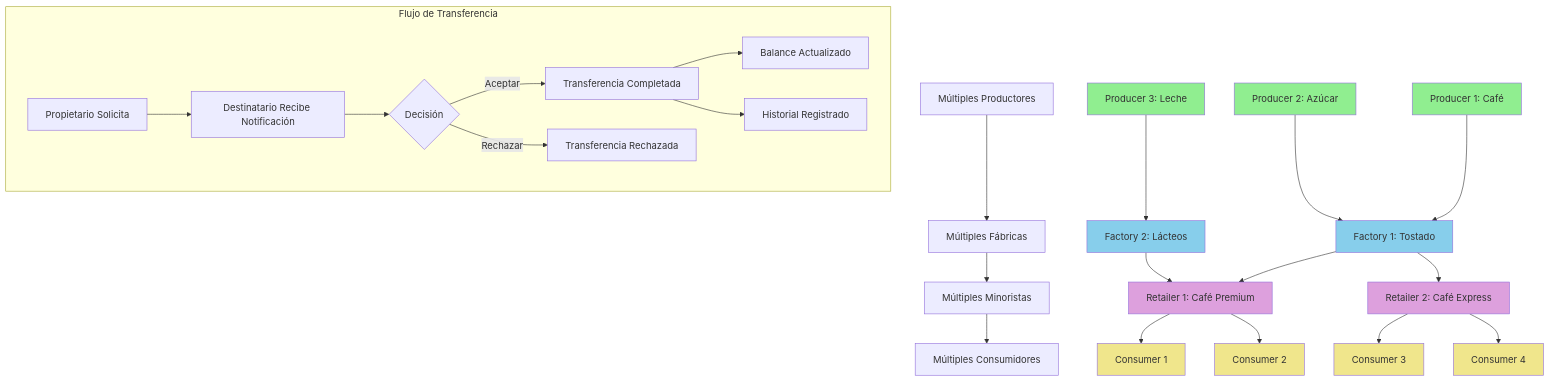
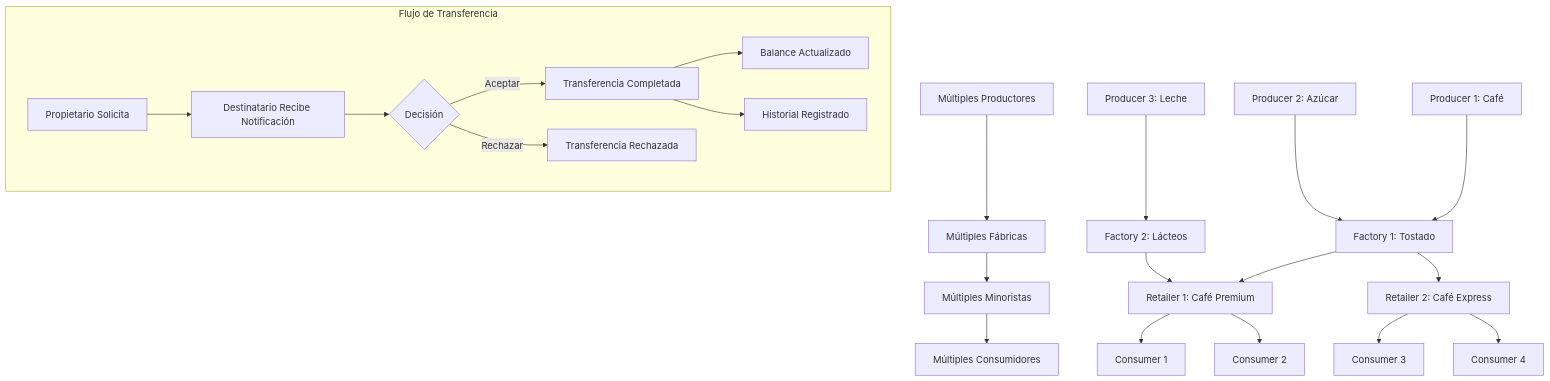
The third of 5 diagrams in README.md (risuiar/supply-chain-tracker), drawn with Mermaid before and after one commit. The commit also changed other lines of this file, not shown here.

````diff
--- a/README.md
+++ b/README.md
@@ -143,40 +135,29 @@
 ```mermaid
 graph TD
     A[Múltiples Productores] --> B[Múltiples Fábricas]
     B --> C[Múltiples Minoristas]
     C --> D[Múltiples Consumidores]
     
     A1[Producer 1: Café] --> B1[Factory 1: Tostado]
     A2[Producer 2: Azúcar] --> B1
     A3[Producer 3: Leche] --> B2[Factory 2: Lácteos]
     
     B1 --> C1[Retailer 1: Café Premium]
     B2 --> C1
     B1 --> C2[Retailer 2: Café Express]
     
     C1 --> D1[Consumer 1]
     C1 --> D2[Consumer 2]
     C2 --> D3[Consumer 3]
     C2 --> D4[Consumer 4]
     
     subgraph "Flujo de Transferencia"
         E[Propietario Solicita] --> F[Destinatario Recibe Notificación]
         F --> G{Decisión}
         G -->|Aceptar| H[Transferencia Completada]
         G -->|Rechazar| I[Transferencia Rechazada]
         H --> J[Balance Actualizado]
         H --> K[Historial Registrado]
     end
     
-    style A1 fill:#90EE90
-    style A2 fill:#90EE90
-    style A3 fill:#90EE90
-    style B1 fill:#87CEEB
-    style B2 fill:#87CEEB
-    style C1 fill:#DDA0DD
-    style C2 fill:#DDA0DD
-    style D1 fill:#F0E68C
-    style D2 fill:#F0E68C
-    style D3 fill:#F0E68C
-    style D4 fill:#F0E68C
 ```
````
